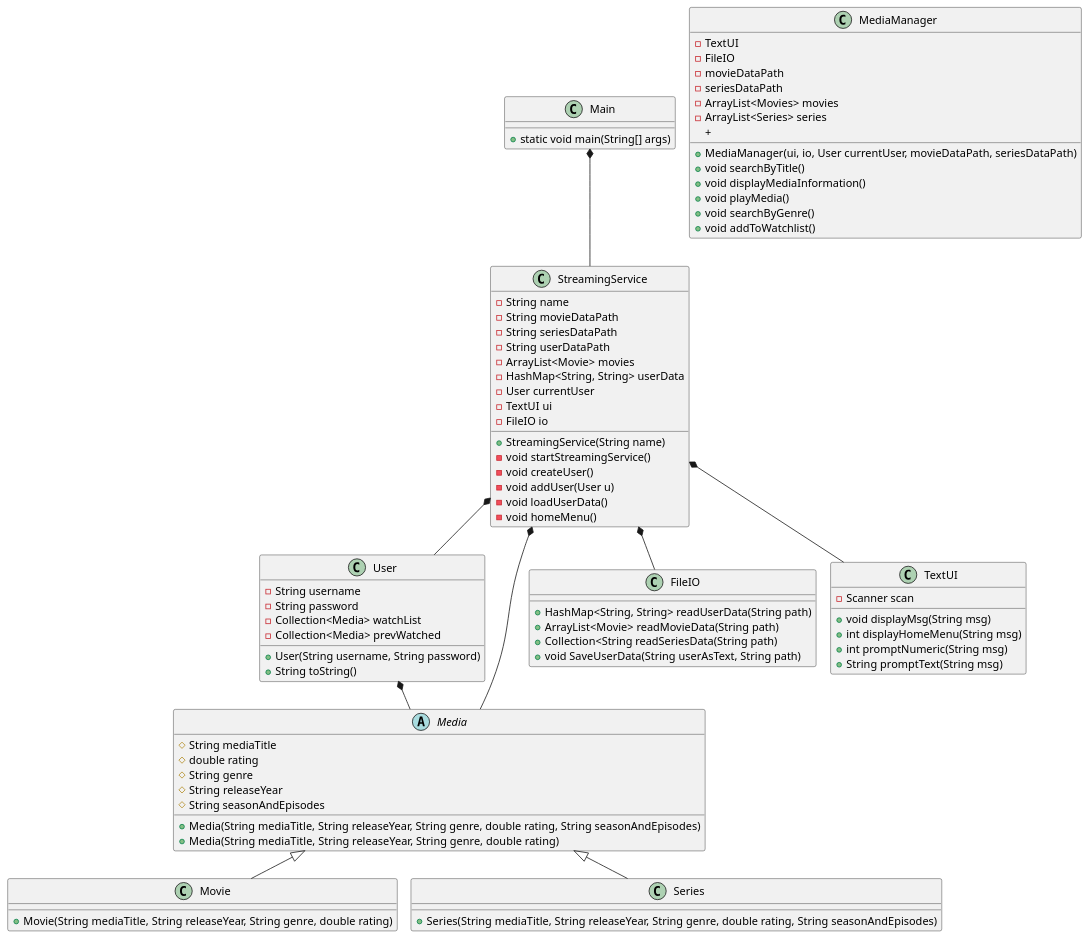
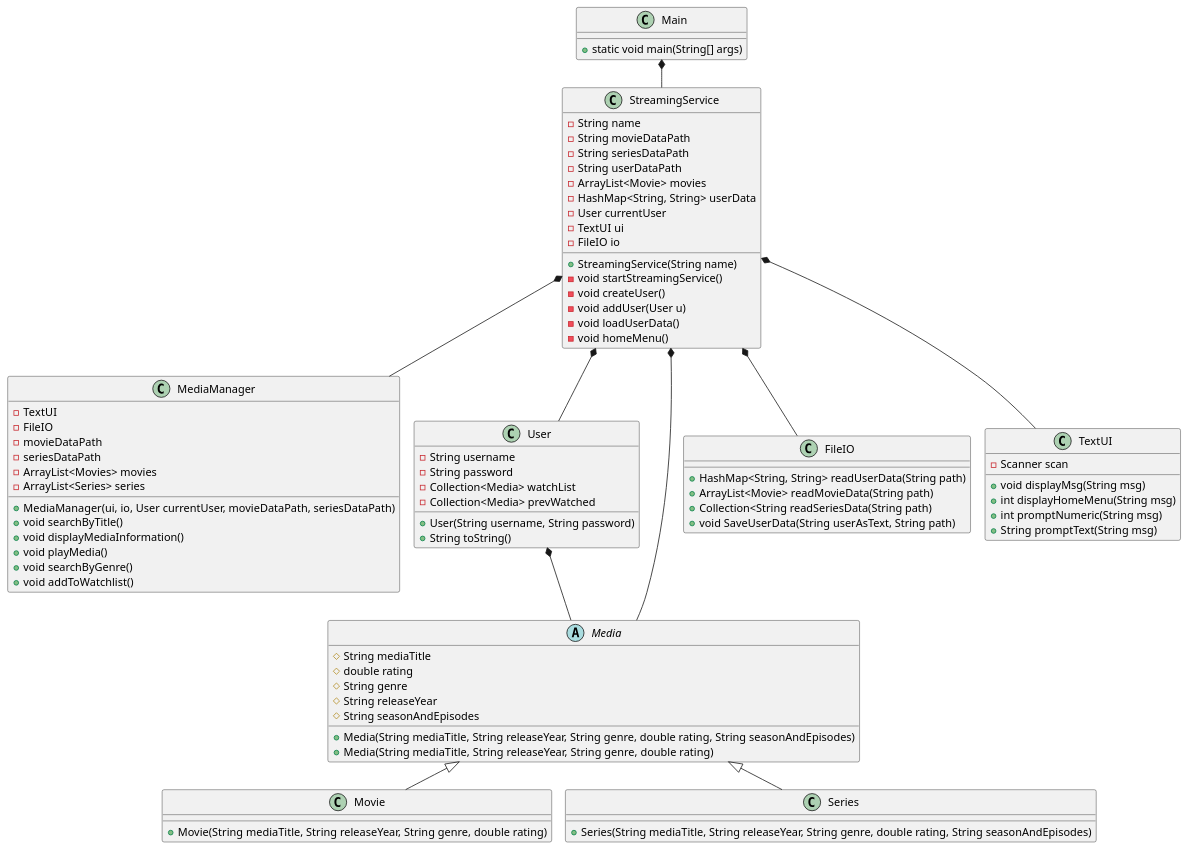
The diagram in doc/classdiagram/classdiagram_v1.puml (EmilDagsberg/SP3), drawn with PlantUML before and after one commit.

Commit message:
class diagram fixed

```diff
--- a/doc/classdiagram/classdiagram_v1.puml
+++ b/doc/classdiagram/classdiagram_v1.puml
@@ -1,101 +1,102 @@
 @startuml
 !pragma layout smetana
 
 class Main {
 + static void main(String[] args)
 }
 
 class StreamingService{
 - String name
 - String movieDataPath
 - String seriesDataPath
 - String userDataPath
 - ArrayList<Movie> movies
 - HashMap<String, String> userData
 - User currentUser
 - TextUI ui
 - FileIO io
 + StreamingService(String name)
 - void startStreamingService()
 - void createUser()
 - void addUser(User u)
 - void loadUserData()
 - void homeMenu()
 
 
 }
 
 class MediaManager {
 - TextUI
 - FileIO
 - movieDataPath
 - seriesDataPath
 - ArrayList<Movies> movies
 - ArrayList<Series> series
 + MediaManager(ui, io, User currentUser, movieDataPath, seriesDataPath)
 + void searchByTitle()
 + void displayMediaInformation()
 + void playMedia()
 + void searchByGenre()
 + void addToWatchlist()
-+
+
 
 }
 
 class User {
 - String username
 - String password
 - Collection<Media> watchList
 - Collection<Media> prevWatched
 + User(String username, String password)
 + String toString()
 
 }
 
 
 abstract class Media{
 # String mediaTitle
 # double rating
 # String genre
 # String releaseYear
 # String seasonAndEpisodes
 +Media(String mediaTitle, String releaseYear, String genre, double rating, String seasonAndEpisodes)
 +Media(String mediaTitle, String releaseYear, String genre, double rating)
 }
 
 class Movie{
 + Movie(String mediaTitle, String releaseYear, String genre, double rating)
 'metode der loader liste over film?
 
 }
 
 class Series{
 +Series(String mediaTitle, String releaseYear, String genre, double rating, String seasonAndEpisodes)
 'metode der loader liste over serier?
 }
 
 class FileIO {
 + HashMap<String, String> readUserData(String path)
 + ArrayList<Movie> readMovieData(String path)
 + Collection<String readSeriesData(String path)
 + void SaveUserData(String userAsText, String path)
 }
 
 class TextUI {
 - Scanner scan
 + void displayMsg(String msg)
 + int displayHomeMenu(String msg)
 + int promptNumeric(String msg)
 + String promptText(String msg)
 
 }
 
 Main *-- StreamingService
+StreamingService *-- MediaManager
 StreamingService *-- User
 StreamingService *-- FileIO
 StreamingService *-- TextUI
 Media <|-- Movie
 Media <|-- Series
 StreamingService *-- Media
 User *-- Media
 @enduml
```
